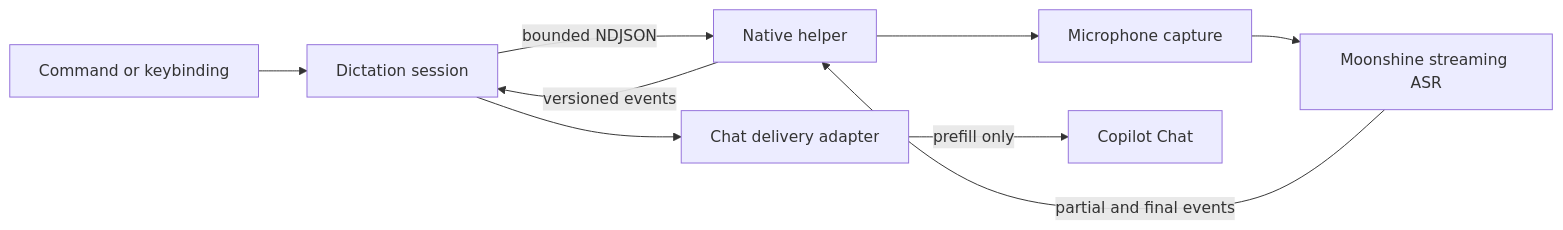
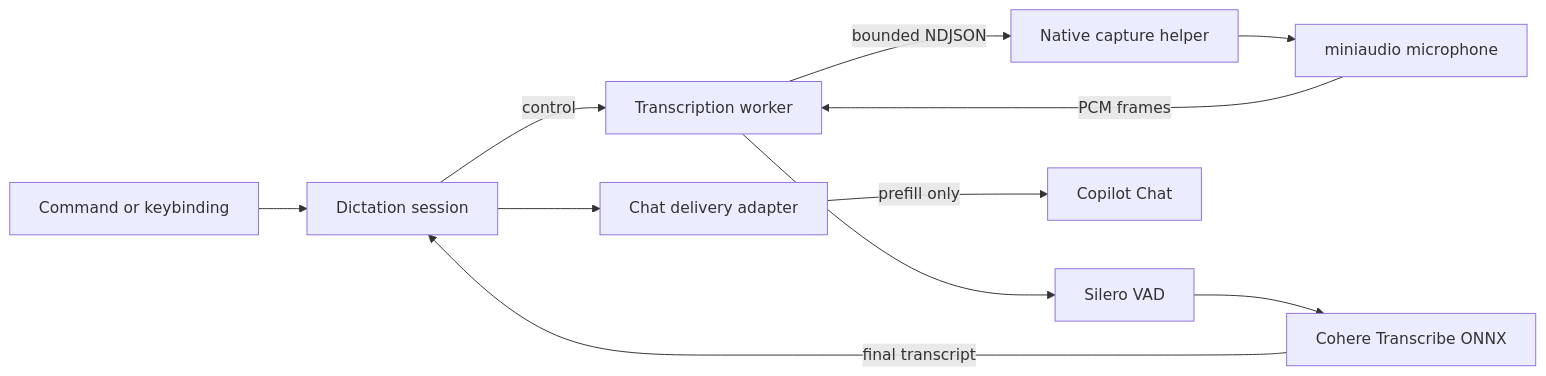
The diagram in README.md (maxdewald/copilot-speech), drawn with Mermaid before and after one commit. The commit also changed other lines of this file and 24 other files, not shown here.

Commit message:
refactor: move inference to Node worker using Cohere Transcribe

````diff
--- a/README.md
+++ b/README.md
@@ -46,11 +45,13 @@
 ```mermaid
 flowchart LR
 	Command[Command or keybinding] --> Session[Dictation session]
-	Session -->|bounded NDJSON| Helper[Native helper]
-	Helper --> Capture[Microphone capture]
-	Capture --> Moonshine[Moonshine streaming ASR]
-	Moonshine -->|partial and final events| Helper
-	Helper -->|versioned events| Session
+	Session -->|control| Worker[Transcription worker]
+	Worker -->|bounded NDJSON| Helper[Native capture helper]
+	Helper --> Capture[miniaudio microphone]
+	Capture -->|PCM frames| Worker
+	Worker --> VAD[Silero VAD]
+	VAD --> Cohere[Cohere Transcribe ONNX]
+	Cohere -->|final transcript| Session
 	Session --> Delivery[Chat delivery adapter]
 	Delivery -->|prefill only| Chat[Copilot Chat]
 ```
````
